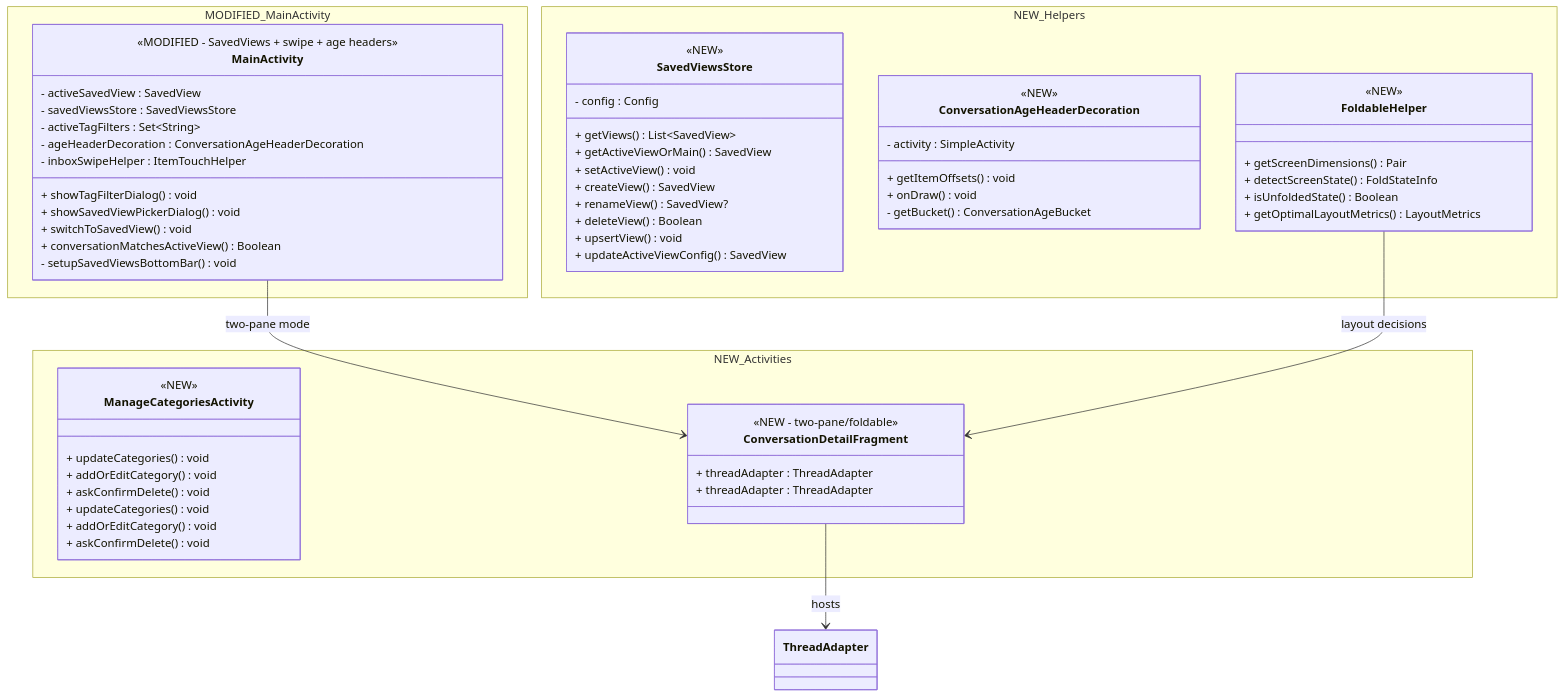
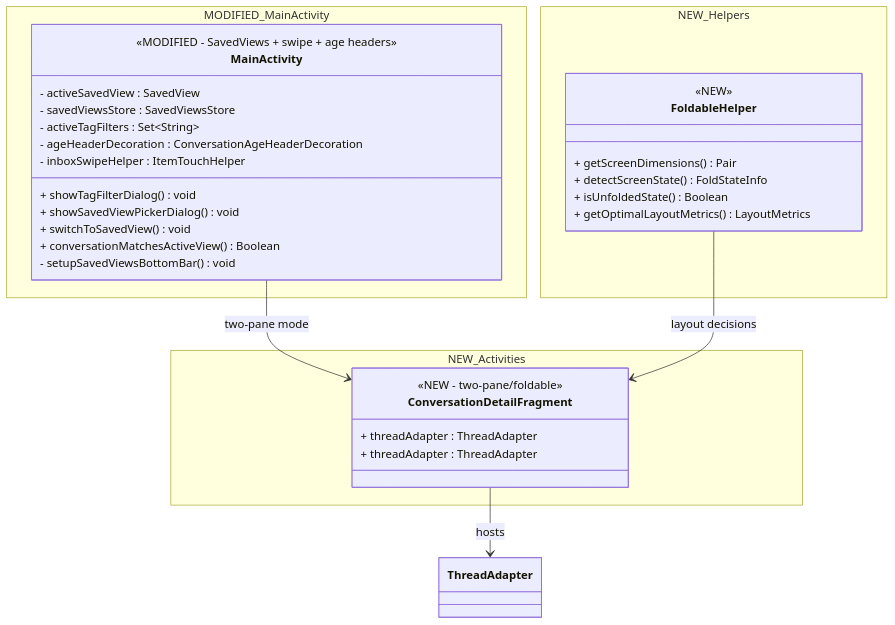
One commit to Timekilla-tech/Messages changed the diagram in MUST Thesis/foldable.mermaid. Above: the diagram before and after it, drawn with Mermaid. The commit also changed 2 other files, not shown here.

Commit message:
docs(mermaid): архитектурын диаграмаас SavedView, SearchResult болон ManageCategoriesActivity ангиудыг устгасан

```diff
--- a/MUST Thesis/foldable.mermaid
+++ b/MUST Thesis/foldable.mermaid
@@ -1,80 +1,47 @@
 classDiagram
   namespace NEW_Helpers {
-    class SavedViewsStore {
-      <<NEW>>
-      - config : Config
-      + getViews() List~SavedView~
-      + getActiveViewOrMain() SavedView
-      + setActiveView() void
-      + createView() SavedView
-      + renameView() SavedView?
-      + deleteView() Boolean
-      + upsertView() void
-      + updateActiveViewConfig() SavedView
-    }
-    class ConversationAgeHeaderDecoration {
-      <<NEW>>
-      - activity : SimpleActivity
-      + getItemOffsets() void
-      + onDraw() void
-      - getBucket() ConversationAgeBucket
-    }
+
     class FoldableHelper {
       <<NEW>>
       + getScreenDimensions() Pair
       + detectScreenState() FoldStateInfo
       + isUnfoldedState() Boolean
       + getOptimalLayoutMetrics() LayoutMetrics
     }
   }
-
-
-
   namespace NEW_Activities {
-    class ManageCategoriesActivity {
-      <<NEW>>
-      + updateCategories() void
-      + addOrEditCategory() void
-      + askConfirmDelete() void
-    }
     class ConversationDetailFragment {
       <<NEW - two-pane/foldable>>
       + threadAdapter : ThreadAdapter
     }
   }
 
   namespace NEW_Activities {
-    class ManageCategoriesActivity {
-      <<NEW>>
-      + updateCategories() void
-      + addOrEditCategory() void
-      + askConfirmDelete() void
-    }
     class ConversationDetailFragment {
       <<NEW - two-pane/foldable>>
       + threadAdapter : ThreadAdapter
     }
   }
   namespace MODIFIED_MainActivity {
     class MainActivity {
       <<MODIFIED - SavedViews + swipe + age headers>>
       %% ── NEW fields ──
       - activeSavedView : SavedView
       - savedViewsStore : SavedViewsStore
       - activeTagFilters : Set~String~
       - ageHeaderDecoration : ConversationAgeHeaderDecoration
       - inboxSwipeHelper : ItemTouchHelper
       %% ── NEW methods ──
       + showTagFilterDialog() void
       + showSavedViewPickerDialog() void
       + switchToSavedView() void
       + conversationMatchesActiveView() Boolean
       - setupSavedViewsBottomBar() void
     }
   }
 
   %% Fragment (new two-pane)
   ConversationDetailFragment --> ThreadAdapter : hosts
   MainActivity --> ConversationDetailFragment : two-pane mode
   %% Foldable
   FoldableHelper --> ConversationDetailFragment : layout decisions
```
